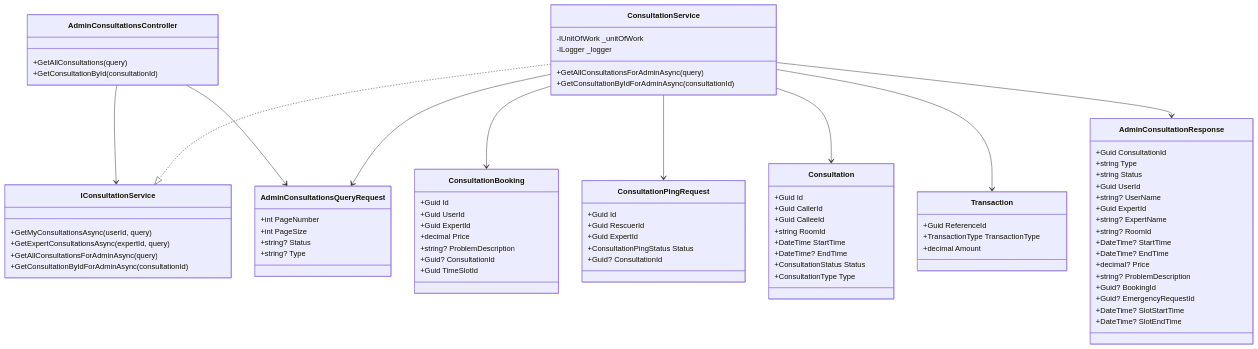
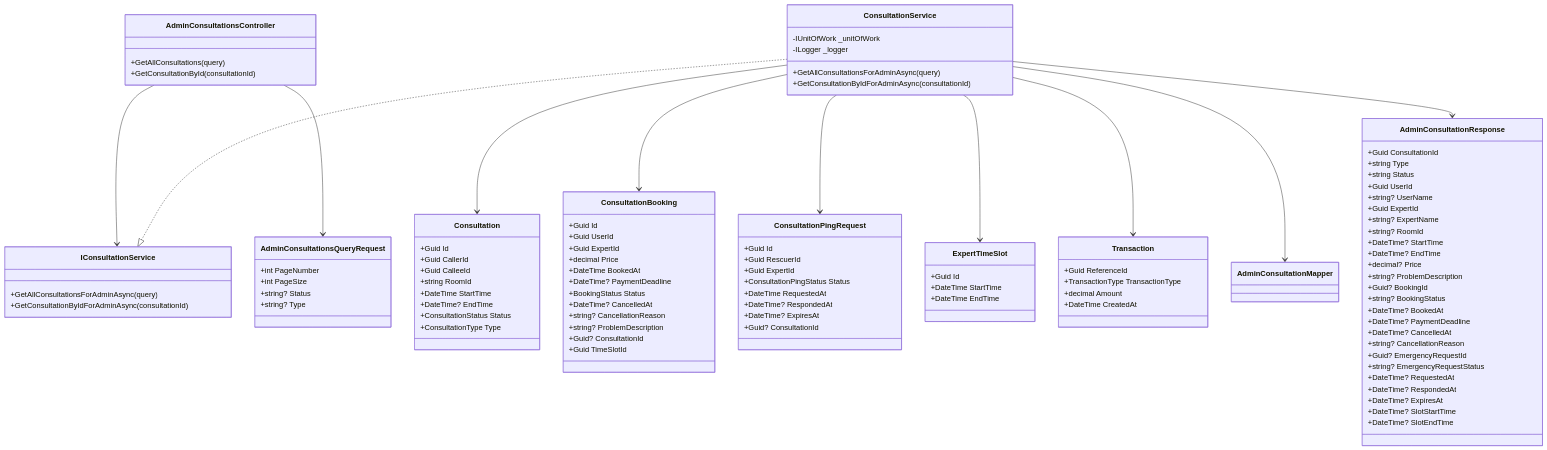
Before and after one commit to Snake-AID/SnakeAid.Docs: the first of 3 diagrams in Docs/05-Backend/02-layers/admin-consultation-history/admin-consultation-history.sourcecode.md, drawn with Mermaid. The commit also changed other lines of this file and 3 other files, not shown here.

First line of the commit message:
Update admin consultation history documentation and implementation details

````diff
--- a/Docs/05-Backend/02-layers/admin-consultation-history/admin-consultation-history.sourcecode.md
+++ b/Docs/05-Backend/02-layers/admin-consultation-history/admin-consultation-history.sourcecode.md
@@ -46,8 +68,6 @@
     }
 
     class IConsultationService {
-        +GetMyConsultationsAsync(userId, query)
-        +GetExpertConsultationsAsync(expertId, query)
         +GetAllConsultationsForAdminAsync(query)
         +GetConsultationByIdForAdminAsync(consultationId)
     }
@@ -80,7 +100,16 @@
         +decimal? Price
         +string? ProblemDescription
         +Guid? BookingId
+        +string? BookingStatus
+        +DateTime? BookedAt
+        +DateTime? PaymentDeadline
+        +DateTime? CancelledAt
+        +string? CancellationReason
         +Guid? EmergencyRequestId
+        +string? EmergencyRequestStatus
+        +DateTime? RequestedAt
+        +DateTime? RespondedAt
+        +DateTime? ExpiresAt
         +DateTime? SlotStartTime
         +DateTime? SlotEndTime
     }
@@ -101,6 +130,11 @@
         +Guid UserId
         +Guid ExpertId
         +decimal Price
+        +DateTime BookedAt
+        +DateTime? PaymentDeadline
+        +BookingStatus Status
+        +DateTime? CancelledAt
+        +string? CancellationReason
         +string? ProblemDescription
         +Guid? ConsultationId
         +Guid TimeSlotId
@@ -111,22 +145,33 @@
         +Guid RescuerId
         +Guid ExpertId
         +ConsultationPingStatus Status
+        +DateTime RequestedAt
+        +DateTime? RespondedAt
+        +DateTime? ExpiresAt
         +Guid? ConsultationId
+    }
+
+    class ExpertTimeSlot {
+        +Guid Id
+        +DateTime StartTime
+        +DateTime EndTime
     }
 
     class Transaction {
         +Guid ReferenceId
         +TransactionType TransactionType
         +decimal Amount
+        +DateTime CreatedAt
     }
 
     AdminConsultationsController --> IConsultationService
     ConsultationService ..|> IConsultationService
+    ConsultationService --> Consultation
     ConsultationService --> ConsultationBooking
     ConsultationService --> ConsultationPingRequest
-    ConsultationService --> Consultation
+    ConsultationService --> ExpertTimeSlot
     ConsultationService --> Transaction
+    ConsultationService --> AdminConsultationMapper
     AdminConsultationsController --> AdminConsultationsQueryRequest
-    ConsultationService --> AdminConsultationsQueryRequest
     ConsultationService --> AdminConsultationResponse
 ```
````
